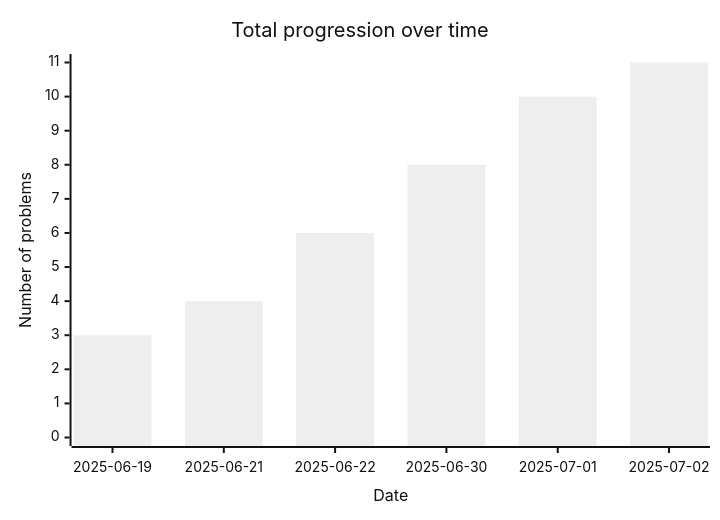
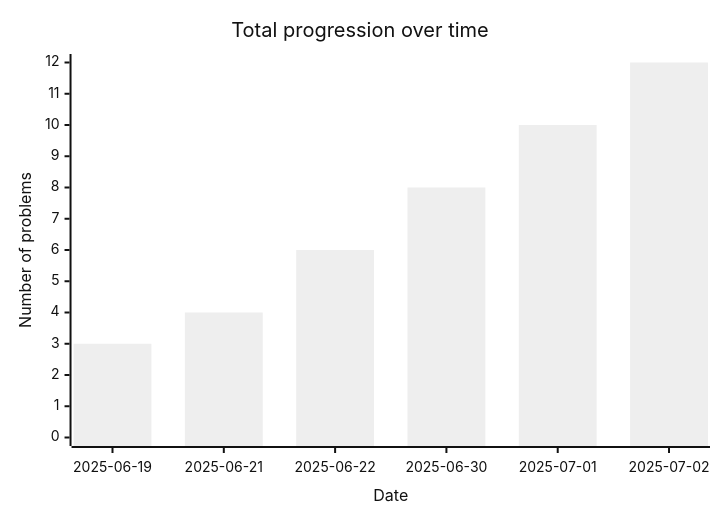
One commit to Hugo-Hbrt/leetcode-diary changed the diagram in README.md. Above: the diagram before and after it, drawn with Mermaid (neutral theme). The commit also changed other lines of this file and 1 other file, not shown here.

Commit message:
[BOT] Update README files

````diff
--- a/README.md
+++ b/README.md
@@ -14,10 +14,10 @@
 ```mermaid
 ---
 config:
 ---
 xychart-beta
     title "Total progression over time"
     x-axis Date[2025-06-19, 2025-06-21, 2025-06-22, 2025-06-30, 2025-07-01, 2025-07-02]
-    y-axis "Number of problems" 0 --> 11
-    bar[3, 4, 6, 8, 10, 11]
+    y-axis "Number of problems" 0 --> 12
+    bar[3, 4, 6, 8, 10, 12]
 ```
````
